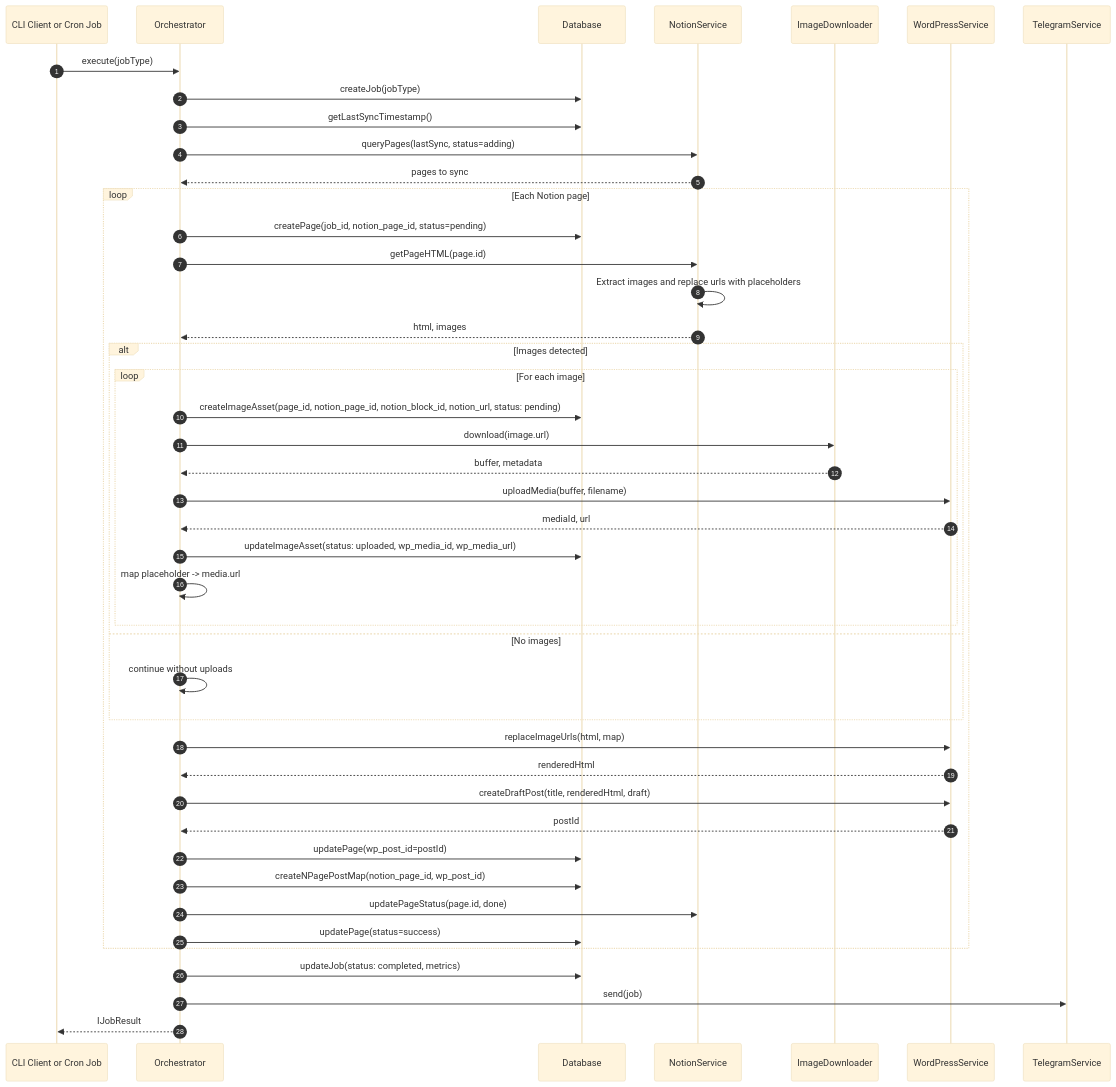
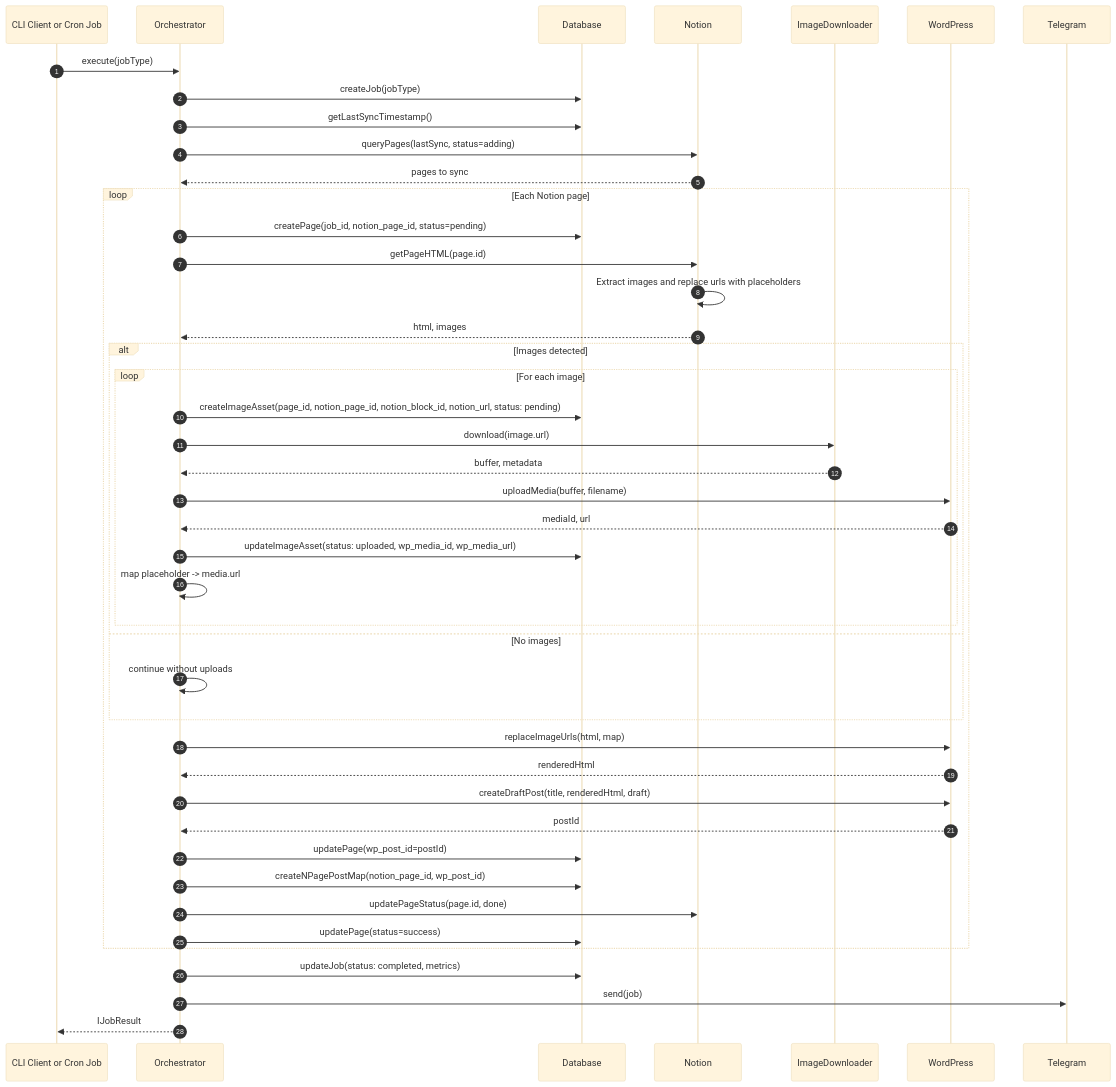
Before and after one commit to ramen4598/Notion2WordPress: the diagram in docs/diagrams/sequence-sync-success.md, drawn with Mermaid (base theme). The commit also changed 7 other files, not shown here.

````diff
--- a/docs/diagrams/sequence-sync-success.md
+++ b/docs/diagrams/sequence-sync-success.md
@@ -5,49 +5,49 @@
 ```mermaid
 sequenceDiagram
     autonumber
     participant ENTRY as CLI Client or Cron Job
     participant Orchestrator as Orchestrator
     participant DB as Database
-    participant Notion as NotionService
+    participant Notion as Notion
     participant Downloader as ImageDownloader
-    participant WP as WordPressService
-    participant Telegram as TelegramService
+    participant WP as WordPress
+    participant Telegram as Telegram
 
     ENTRY->>Orchestrator: execute(jobType)
     Orchestrator->>DB: createJob(jobType)
     Orchestrator->>DB: getLastSyncTimestamp()
     Orchestrator->>Notion: queryPages(lastSync, status=adding)
     Notion-->>Orchestrator: pages to sync
 
     loop Each Notion page
         Orchestrator->>DB: createPage(job_id, notion_page_id, status=pending)
         Orchestrator->>Notion: getPageHTML(page.id)
         Notion->>Notion: Extract images and replace urls with placeholders
         Notion-->>Orchestrator: html, images
         alt Images detected
             loop For each image
 		            Orchestrator->>DB: createImageAsset(page_id, notion_page_id, notion_block_id, notion_url, status: pending)
                 Orchestrator->>Downloader: download(image.url)
                 Downloader-->>Orchestrator: buffer, metadata
                 Orchestrator->>WP: uploadMedia(buffer, filename)
                 WP-->>Orchestrator: mediaId, url
                 Orchestrator->>DB: updateImageAsset(status: uploaded, wp_media_id, wp_media_url)
                 Orchestrator->>Orchestrator: map placeholder -> media.url
             end
         else No images
             Orchestrator->>Orchestrator: continue without uploads
         end
         Orchestrator->>WP: replaceImageUrls(html, map)
         WP-->>Orchestrator: renderedHtml
         Orchestrator->>WP: createDraftPost(title, renderedHtml, draft)
         WP-->>Orchestrator: postId
         Orchestrator->>DB: updatePage(wp_post_id=postId)
         Orchestrator->>DB: createNPagePostMap(notion_page_id, wp_post_id)
         Orchestrator->>Notion: updatePageStatus(page.id, done)
         Orchestrator->>DB: updatePage(status=success)
     end
 
     Orchestrator->>DB: updateJob(status: completed, metrics)
     Orchestrator->>Telegram: send(job)
     Orchestrator-->>ENTRY: IJobResult
 ```
````
